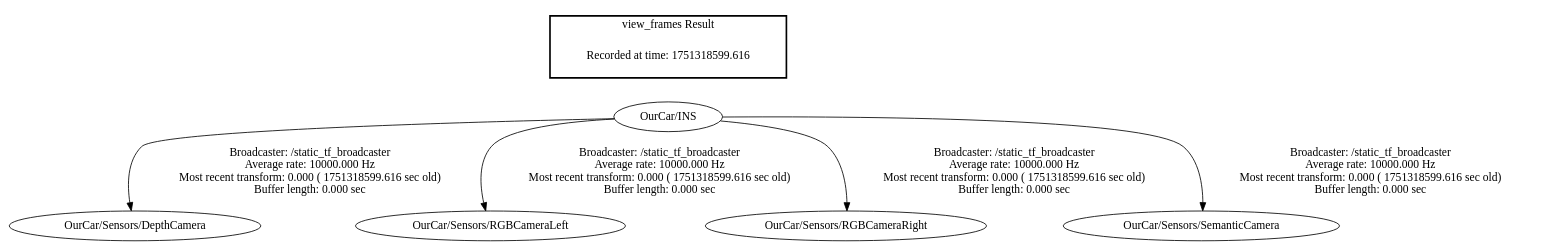
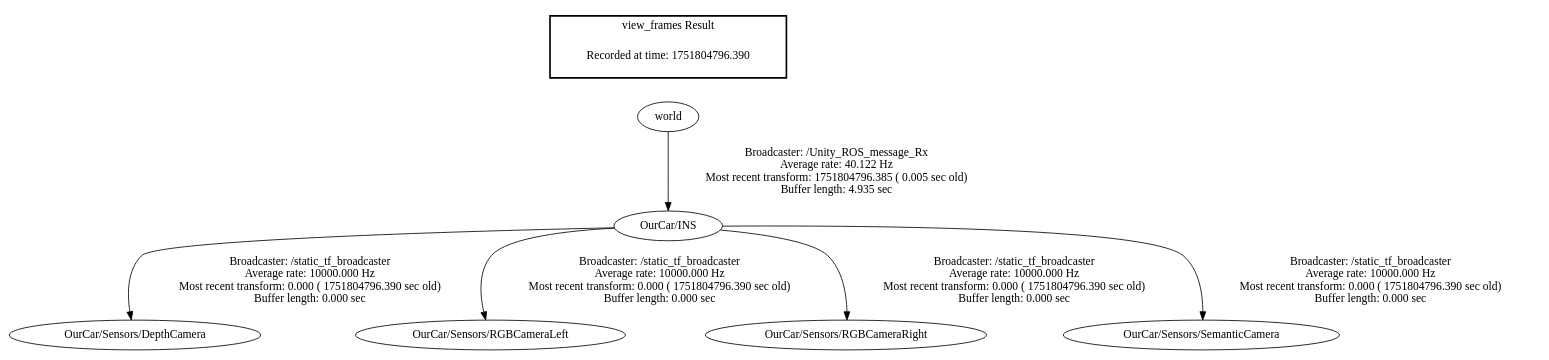
The diagram in frames.gv (JerryPlain/autonomous_driving_ros), drawn with Graphviz before and after one commit. The commit also changed 11 other files, not shown here.

```diff
--- a/frames.gv
+++ b/frames.gv
@@ -1,10 +1,11 @@
 digraph G {
-"OurCar/INS" -> "OurCar/Sensors/DepthCamera"[label="Broadcaster: /static_tf_broadcaster\nAverage rate: 10000.000 Hz\nMost recent transform: 0.000 ( 1751318599.616 sec old)\nBuffer length: 0.000 sec\n"];
-"OurCar/INS" -> "OurCar/Sensors/RGBCameraLeft"[label="Broadcaster: /static_tf_broadcaster\nAverage rate: 10000.000 Hz\nMost recent transform: 0.000 ( 1751318599.616 sec old)\nBuffer length: 0.000 sec\n"];
-"OurCar/INS" -> "OurCar/Sensors/RGBCameraRight"[label="Broadcaster: /static_tf_broadcaster\nAverage rate: 10000.000 Hz\nMost recent transform: 0.000 ( 1751318599.616 sec old)\nBuffer length: 0.000 sec\n"];
-"OurCar/INS" -> "OurCar/Sensors/SemanticCamera"[label="Broadcaster: /static_tf_broadcaster\nAverage rate: 10000.000 Hz\nMost recent transform: 0.000 ( 1751318599.616 sec old)\nBuffer length: 0.000 sec\n"];
+"OurCar/INS" -> "OurCar/Sensors/DepthCamera"[label="Broadcaster: /static_tf_broadcaster\nAverage rate: 10000.000 Hz\nMost recent transform: 0.000 ( 1751804796.390 sec old)\nBuffer length: 0.000 sec\n"];
+"world" -> "OurCar/INS"[label="Broadcaster: /Unity_ROS_message_Rx\nAverage rate: 40.122 Hz\nMost recent transform: 1751804796.385 ( 0.005 sec old)\nBuffer length: 4.935 sec\n"];
+"OurCar/INS" -> "OurCar/Sensors/RGBCameraLeft"[label="Broadcaster: /static_tf_broadcaster\nAverage rate: 10000.000 Hz\nMost recent transform: 0.000 ( 1751804796.390 sec old)\nBuffer length: 0.000 sec\n"];
+"OurCar/INS" -> "OurCar/Sensors/RGBCameraRight"[label="Broadcaster: /static_tf_broadcaster\nAverage rate: 10000.000 Hz\nMost recent transform: 0.000 ( 1751804796.390 sec old)\nBuffer length: 0.000 sec\n"];
+"OurCar/INS" -> "OurCar/Sensors/SemanticCamera"[label="Broadcaster: /static_tf_broadcaster\nAverage rate: 10000.000 Hz\nMost recent transform: 0.000 ( 1751804796.390 sec old)\nBuffer length: 0.000 sec\n"];
 edge [style=invis];
  subgraph cluster_legend { style=bold; color=black; label ="view_frames Result";
-"Recorded at time: 1751318599.616"[ shape=plaintext ] ;
- }->"OurCar/INS";
+"Recorded at time: 1751804796.390"[ shape=plaintext ] ;
+ }->"world";
 }
```
